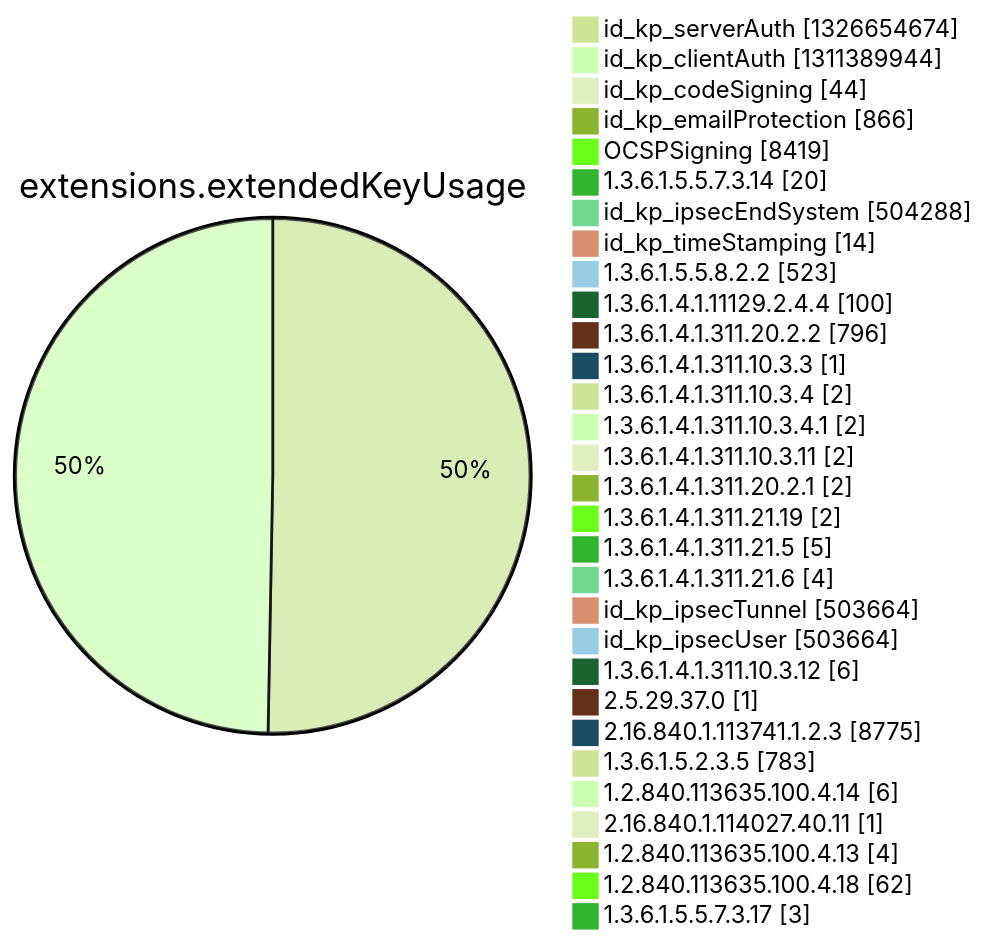
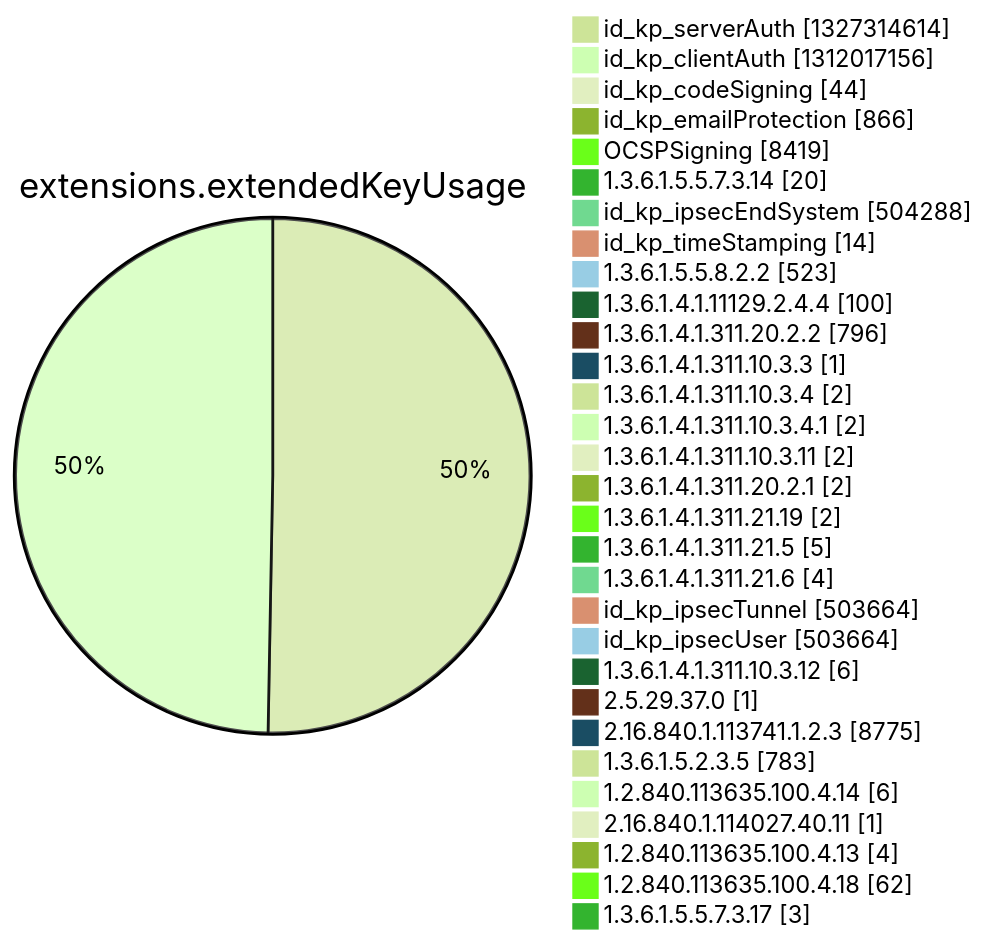
One commit to christiankrug/ctmonitor_visualization changed diagram 12 of 15 in argon2022/README.md. Above: the diagram before and after it, drawn with Mermaid (forest theme). The commit also changed other lines of this file, not shown here.

````diff
--- a/argon2022/README.md
+++ b/argon2022/README.md
@@ -3553,34 +3553,34 @@
 ```mermaid
 pie showData
 title extensions.extendedKeyUsage
-"id_kp_serverAuth" :1326654674
-"id_kp_clientAuth" :1311389944
+"id_kp_serverAuth" :1327314614
+"id_kp_clientAuth" :1312017156
 "id_kp_codeSigning" :44
 "id_kp_emailProtection" :866
 "OCSPSigning" :8419
 "1.3.6.1.5.5.7.3.14" :20
 "id_kp_ipsecEndSystem" :504288
 "id_kp_timeStamping" :14
 "1.3.6.1.5.5.8.2.2" :523
 "1.3.6.1.4.1.11129.2.4.4" :100
 "1.3.6.1.4.1.311.20.2.2" :796
 "1.3.6.1.4.1.311.10.3.3" :1
 "1.3.6.1.4.1.311.10.3.4" :2
 "1.3.6.1.4.1.311.10.3.4.1" :2
 "1.3.6.1.4.1.311.10.3.11" :2
 "1.3.6.1.4.1.311.20.2.1" :2
 "1.3.6.1.4.1.311.21.19" :2
 "1.3.6.1.4.1.311.21.5" :5
 "1.3.6.1.4.1.311.21.6" :4
 "id_kp_ipsecTunnel" :503664
 "id_kp_ipsecUser" :503664
 "1.3.6.1.4.1.311.10.3.12" :6
 "2.5.29.37.0" :1
 "2.16.840.1.113741.1.2.3" :8775
 "1.3.6.1.5.2.3.5" :783
 "1.2.840.113635.100.4.14" :6
 "2.16.840.1.114027.40.11" :1
 "1.2.840.113635.100.4.13" :4
 "1.2.840.113635.100.4.18" :62
 "1.3.6.1.5.5.7.3.17" :3
 ```
````
